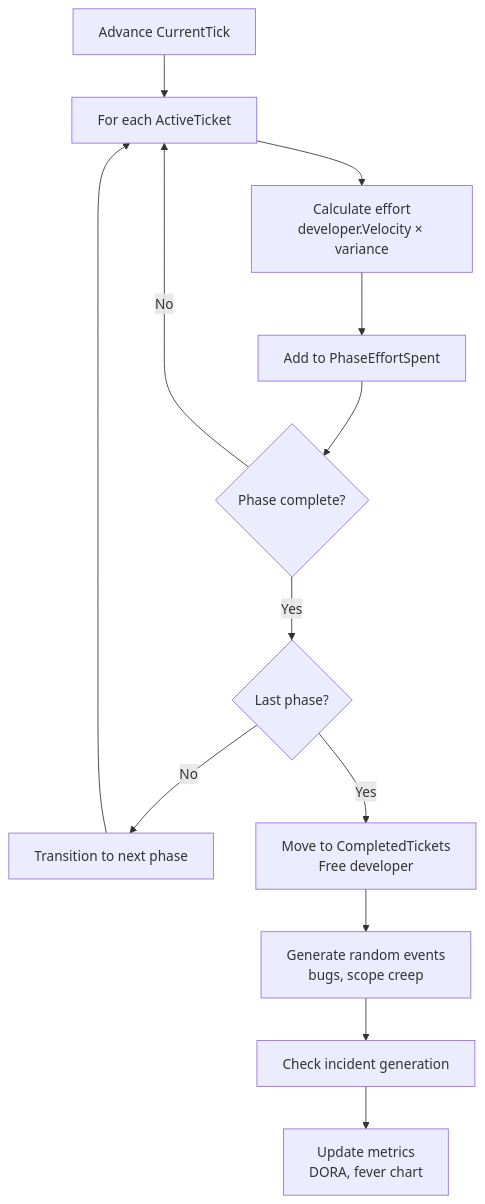
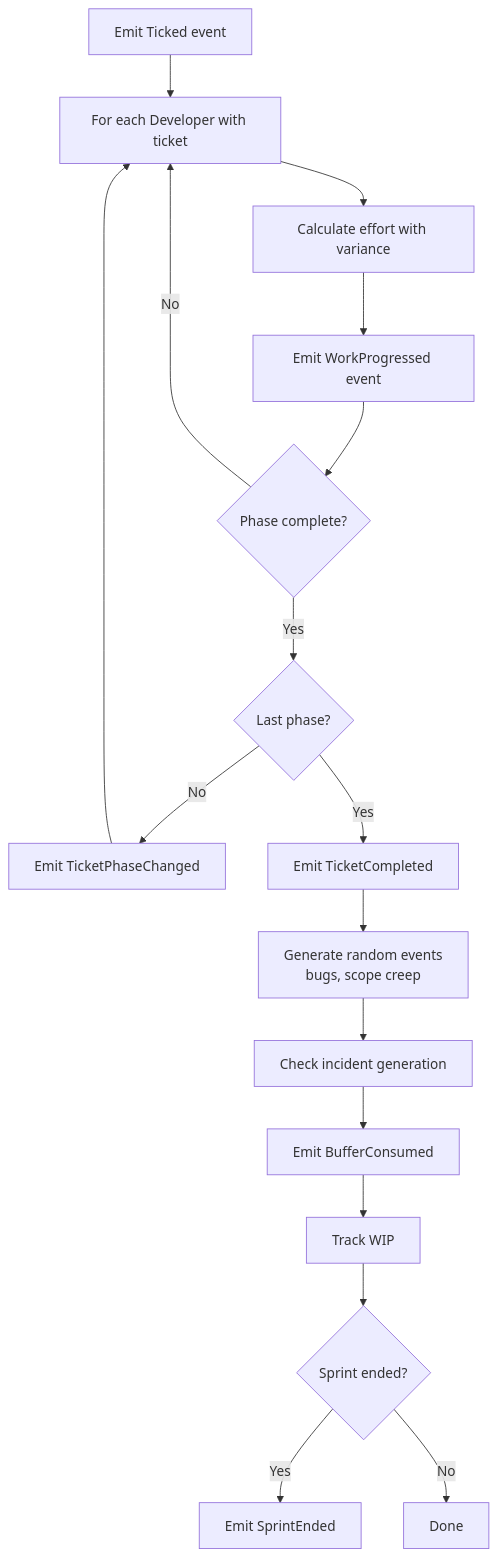
Before and after one commit to binaryphile/sofdevsim-2026: the fifth of 9 diagrams in docs/design.md, drawn with Mermaid. The commit also changed other lines of this file and 3 other files, not shown here.

````diff
--- a/docs/design.md
+++ b/docs/design.md
@@ -365,15 +400,19 @@
 ```mermaid
 flowchart TD
-    A[Advance CurrentTick] --> B[For each ActiveTicket]
-    B --> C[Calculate effort<br/>developer.Velocity × variance]
-    C --> D[Add to PhaseEffortSpent]
+    A[Emit Ticked event] --> B[For each Developer with ticket]
+    B --> C[Calculate effort with variance]
+    C --> D[Emit WorkProgressed event]
     D --> E{Phase complete?}
     E -->|No| B
     E -->|Yes| F{Last phase?}
-    F -->|No| G[Transition to next phase]
+    F -->|No| G[Emit TicketPhaseChanged]
     G --> B
-    F -->|Yes| H[Move to CompletedTickets<br/>Free developer]
+    F -->|Yes| H[Emit TicketCompleted]
     H --> I[Generate random events<br/>bugs, scope creep]
     I --> J[Check incident generation]
-    J --> K[Update metrics<br/>DORA, fever chart]
+    J --> K[Emit BufferConsumed]
+    K --> L[Track WIP]
+    L --> M{Sprint ended?}
+    M -->|Yes| N[Emit SprintEnded]
+    M -->|No| O[Done]
 ```
````
